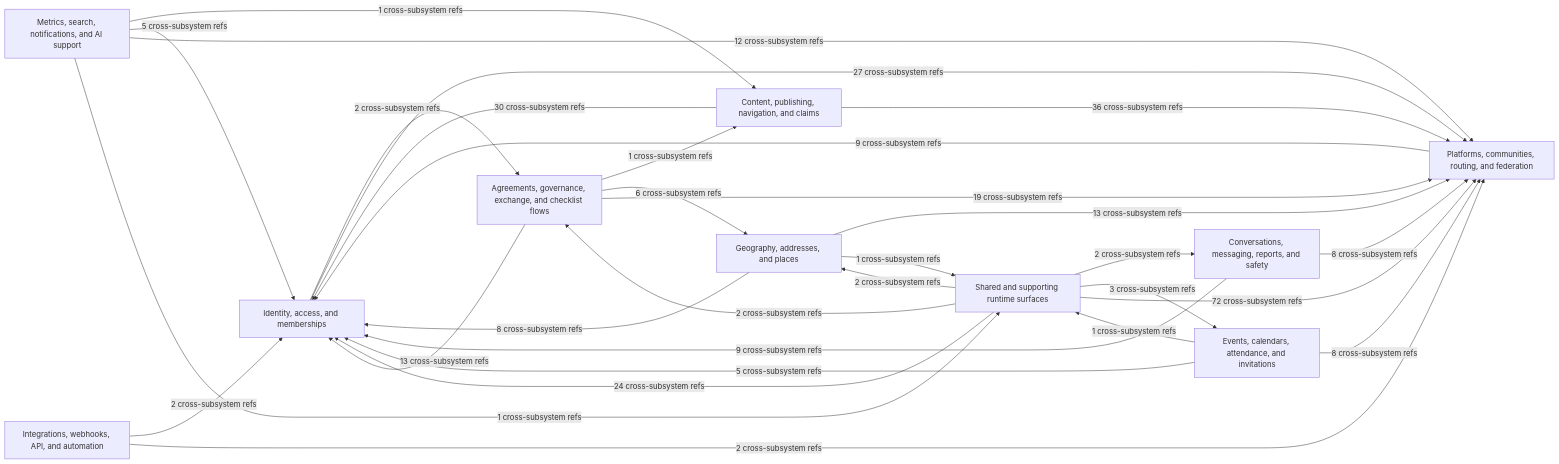
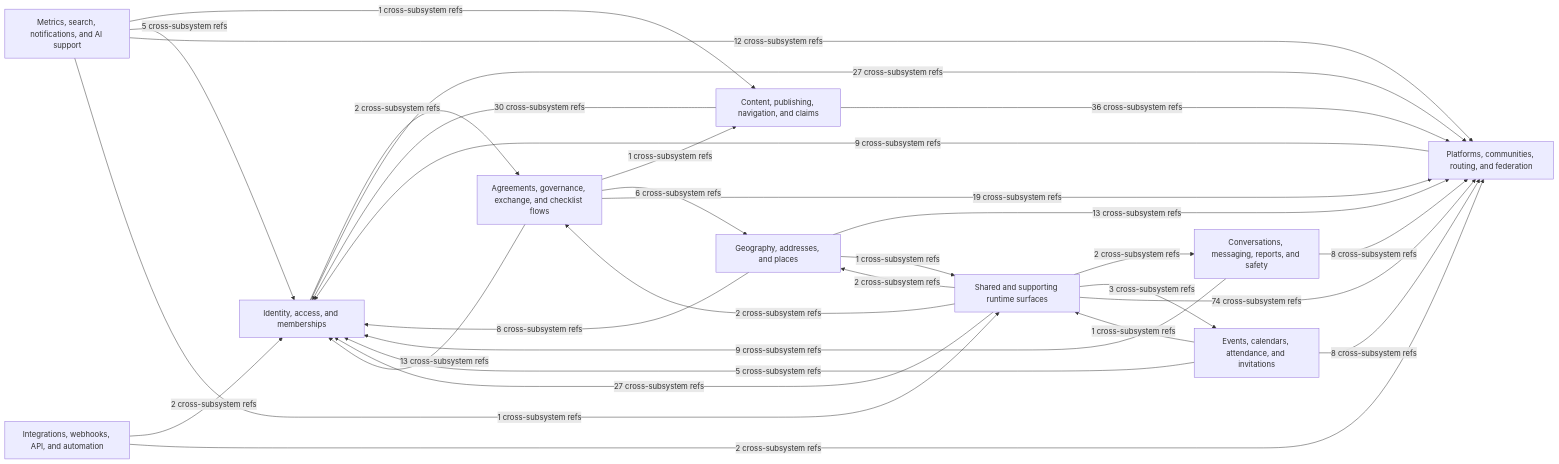
Before and after one commit to better-together-org/community-engine-rails: the diagram in docs/diagrams/source/ce_subsystem_interaction_map.mmd, drawn with Mermaid. The commit also changed 41 other files, not shown here.

```diff
--- a/docs/diagrams/source/ce_subsystem_interaction_map.mmd
+++ b/docs/diagrams/source/ce_subsystem_interaction_map.mmd
@@ -1,42 +1,42 @@
 %% Generated by scripts/export_subsystem_diagrams.rb
 flowchart LR
   identity_access["Identity, access, and memberships"]
   platform_network["Platforms, communities, routing, and federation"]
   content_publishing["Content, publishing, navigation, and claims"]
   geography_and_places["Geography, addresses, and places"]
   events_calendar["Events, calendars, attendance, and invitations"]
   conversations_safety["Conversations, messaging, reports, and safety"]
   exchange_governance["Agreements, governance, exchange, and checklist flows"]
   metrics_search_ai["Metrics, search, notifications, and AI support"]
   integrations_webhooks["Integrations, webhooks, API, and automation"]
   shared_supporting["Shared and supporting runtime surfaces"]
 
   content_publishing -->|30 cross-subsystem refs| identity_access
   content_publishing -->|36 cross-subsystem refs| platform_network
   conversations_safety -->|9 cross-subsystem refs| identity_access
   conversations_safety -->|8 cross-subsystem refs| platform_network
   events_calendar -->|5 cross-subsystem refs| identity_access
   events_calendar -->|8 cross-subsystem refs| platform_network
   events_calendar -->|1 cross-subsystem refs| shared_supporting
   exchange_governance -->|1 cross-subsystem refs| content_publishing
   exchange_governance -->|6 cross-subsystem refs| geography_and_places
   exchange_governance -->|13 cross-subsystem refs| identity_access
   exchange_governance -->|19 cross-subsystem refs| platform_network
   geography_and_places -->|8 cross-subsystem refs| identity_access
   geography_and_places -->|13 cross-subsystem refs| platform_network
   geography_and_places -->|1 cross-subsystem refs| shared_supporting
   identity_access -->|2 cross-subsystem refs| exchange_governance
   identity_access -->|27 cross-subsystem refs| platform_network
   integrations_webhooks -->|2 cross-subsystem refs| identity_access
   integrations_webhooks -->|2 cross-subsystem refs| platform_network
   metrics_search_ai -->|1 cross-subsystem refs| content_publishing
   metrics_search_ai -->|5 cross-subsystem refs| identity_access
   metrics_search_ai -->|12 cross-subsystem refs| platform_network
   metrics_search_ai -->|1 cross-subsystem refs| shared_supporting
   platform_network -->|9 cross-subsystem refs| identity_access
   shared_supporting -->|2 cross-subsystem refs| conversations_safety
   shared_supporting -->|3 cross-subsystem refs| events_calendar
   shared_supporting -->|2 cross-subsystem refs| exchange_governance
   shared_supporting -->|2 cross-subsystem refs| geography_and_places
-  shared_supporting -->|24 cross-subsystem refs| identity_access
-  shared_supporting -->|72 cross-subsystem refs| platform_network
+  shared_supporting -->|27 cross-subsystem refs| identity_access
+  shared_supporting -->|74 cross-subsystem refs| platform_network
```
